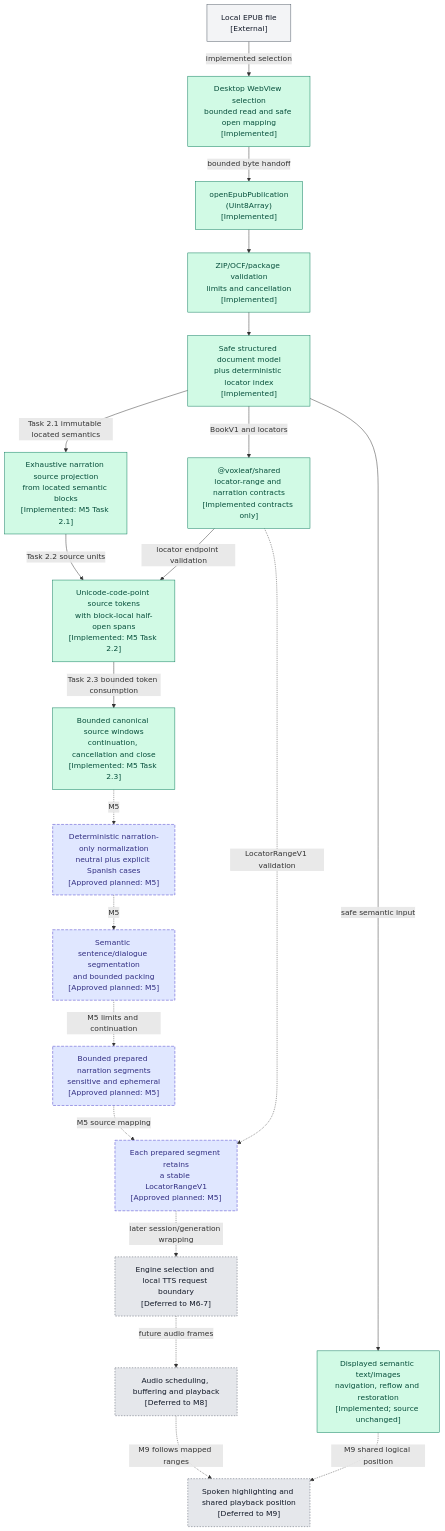
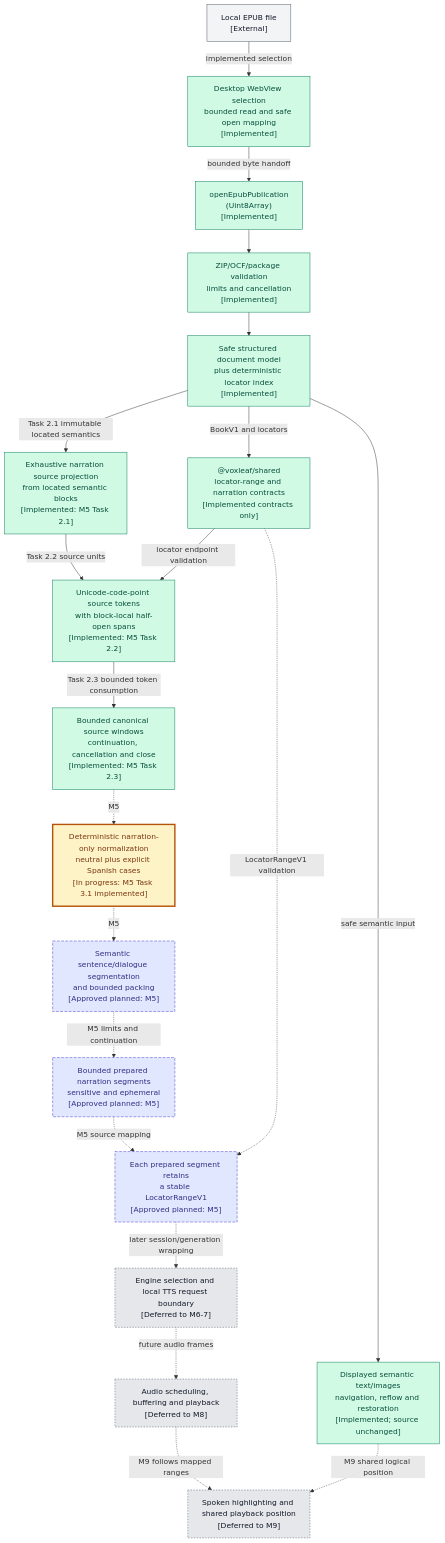
Before and after one commit to mmjosedaniel/voxleaf: the second of 2 diagrams in docs/architecture/system-diagram.md, drawn with Mermaid. The commit also changed other lines of this file and 15 other files, not shown here.

Commit message:
Implement narration whitespace normalization (#82)

````diff
--- a/docs/architecture/system-diagram.md
+++ b/docs/architecture/system-diagram.md
@@ -99,45 +99,45 @@
 ```mermaid
 flowchart TB
   classDef implemented fill:#d1fae5,stroke:#047857,color:#064e3b
   classDef inprogress fill:#fef3c7,stroke:#b45309,stroke-width:3px,color:#78350f
   classDef planned fill:#e0e7ff,stroke:#4338ca,stroke-dasharray:6 3,color:#312e81
   classDef deferred fill:#e5e7eb,stroke:#4b5563,stroke-dasharray:3 3,color:#111827
   classDef external fill:#f3f4f6,stroke:#4b5563,color:#111827
 
   file["Local EPUB file<br/>[External]"]:::external
   selection["Desktop WebView selection<br/>bounded read and safe open mapping<br/>[Implemented]"]:::implemented
   opener["openEpubPublication<br/>(Uint8Array)<br/>[Implemented]"]:::implemented
   validation["ZIP/OCF/package validation<br/>limits and cancellation<br/>[Implemented]"]:::implemented
   semantics["Safe structured document model<br/>plus deterministic locator index<br/>[Implemented]"]:::implemented
   visualReader["Displayed semantic text/images<br/>navigation, reflow and restoration<br/>[Implemented; source unchanged]"]:::implemented
   contracts["@voxleaf/shared<br/>locator-range and narration contracts<br/>[Implemented contracts only]"]:::implemented
   sourceSelection["Exhaustive narration source projection<br/>from located semantic blocks<br/>[Implemented: M5 Task 2.1]"]:::implemented
   sourceMapping["Unicode-code-point source tokens<br/>with block-local half-open spans<br/>[Implemented: M5 Task 2.2]"]:::implemented
   sourceWindow["Bounded canonical source windows<br/>continuation, cancellation and close<br/>[Implemented: M5 Task 2.3]"]:::implemented
-  normalization["Deterministic narration-only normalization<br/>neutral plus explicit Spanish cases<br/>[Approved planned: M5]"]:::planned
+  normalization["Deterministic narration-only normalization<br/>neutral plus explicit Spanish cases<br/>[In progress: M5 Task 3.1 implemented]"]:::inprogress
   segmentation["Semantic sentence/dialogue segmentation<br/>and bounded packing<br/>[Approved planned: M5]"]:::planned
   boundedSegments["Bounded prepared narration segments<br/>sensitive and ephemeral<br/>[Approved planned: M5]"]:::planned
   mappedSegments["Each prepared segment retains<br/>a stable LocatorRangeV1<br/>[Approved planned: M5]"]:::planned
   ttsBoundary["Engine selection and local TTS request boundary<br/>[Deferred to M6-7]"]:::deferred
   audioPipeline["Audio scheduling, buffering and playback<br/>[Deferred to M8]"]:::deferred
   synchronizedReader["Spoken highlighting and shared playback position<br/>[Deferred to M9]"]:::deferred
 
   file -->|implemented selection| selection
   selection -->|bounded byte handoff| opener
   opener --> validation --> semantics
   semantics -->|safe semantic input| visualReader
   semantics -->|BookV1 and locators| contracts
   semantics -->|Task 2.1 immutable located semantics| sourceSelection
   sourceSelection -->|Task 2.2 source units| sourceMapping
   contracts -->|locator endpoint validation| sourceMapping
   sourceMapping -->|Task 2.3 bounded token consumption| sourceWindow
   sourceWindow -.->|M5| normalization
   normalization -.->|M5| segmentation
   segmentation -.->|M5 limits and continuation| boundedSegments
   boundedSegments -.->|M5 source mapping| mappedSegments
   contracts -.->|LocatorRangeV1 validation| mappedSegments
   mappedSegments -.->|later session/generation wrapping| ttsBoundary
   ttsBoundary -.->|future audio frames| audioPipeline
   audioPipeline -.->|M9 follows mapped ranges| synchronizedReader
   visualReader -.->|M9 shared logical position| synchronizedReader
 ```
````
